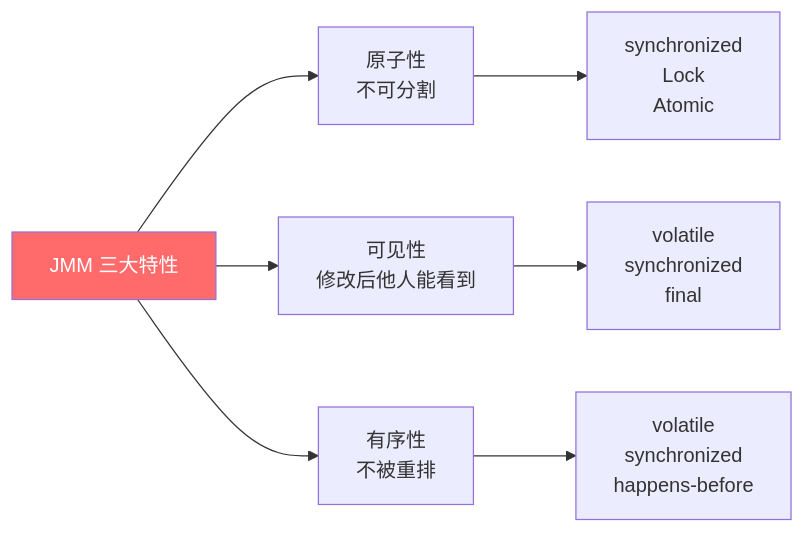
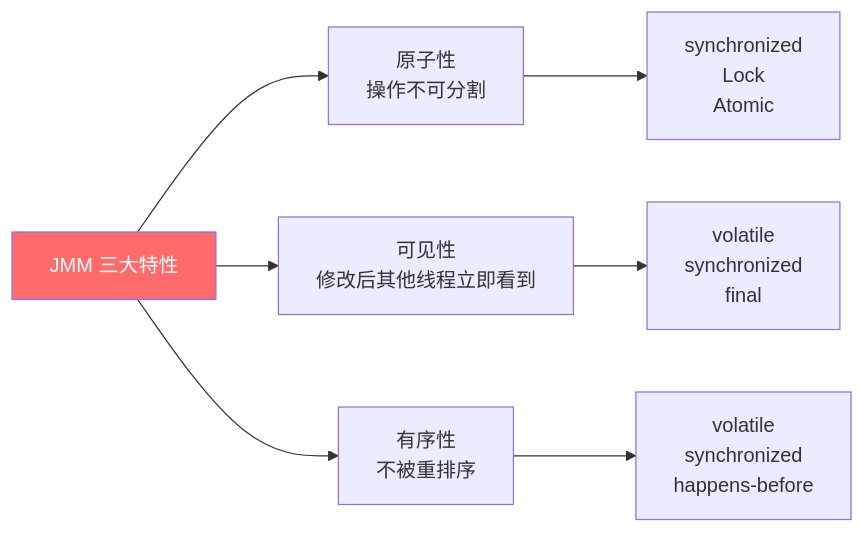
The seventh of 36 diagrams in document/strengthen/并发编程面试总结_增强版.md (qigao0787-ops/gq-test), drawn with Mermaid before and after one commit. The commit also changed other lines of this file, not shown here.

````diff
--- a/document/strengthen/并发编程面试总结_增强版.md
+++ b/document/strengthen/并发编程面试总结_增强版.md
@@ -292,12 +581,12 @@
 ```mermaid
 flowchart LR
-    A[JMM 三大特性] --> B[原子性<br/>不可分割]
-    A --> C[可见性<br/>修改后他人能看到]
-    A --> D[有序性<br/>不被重排]
+    A["JMM 三大特性"] --> B["原子性<br/>操作不可分割"]
+    A --> C["可见性<br/>修改后其他线程立即看到"]
+    A --> D["有序性<br/>不被重排序"]
 
-    B --> B1[synchronized<br/>Lock<br/>Atomic]
-    C --> C1[volatile<br/>synchronized<br/>final]
-    D --> D1[volatile<br/>synchronized<br/>happens-before]
+    B --> B1["synchronized<br/>Lock<br/>Atomic"]
+    C --> C1["volatile<br/>synchronized<br/>final"]
+    D --> D1["volatile<br/>synchronized<br/>happens-before"]
 
     style A fill:#ff6b6b,color:#fff
 ```
````
